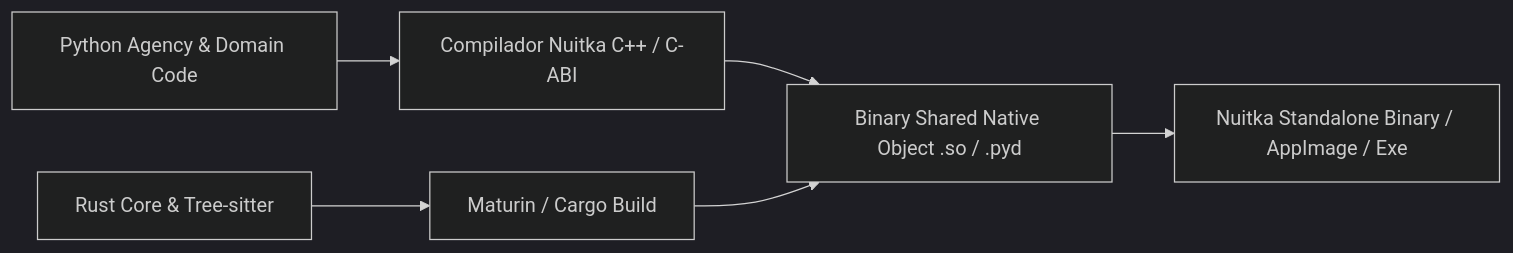
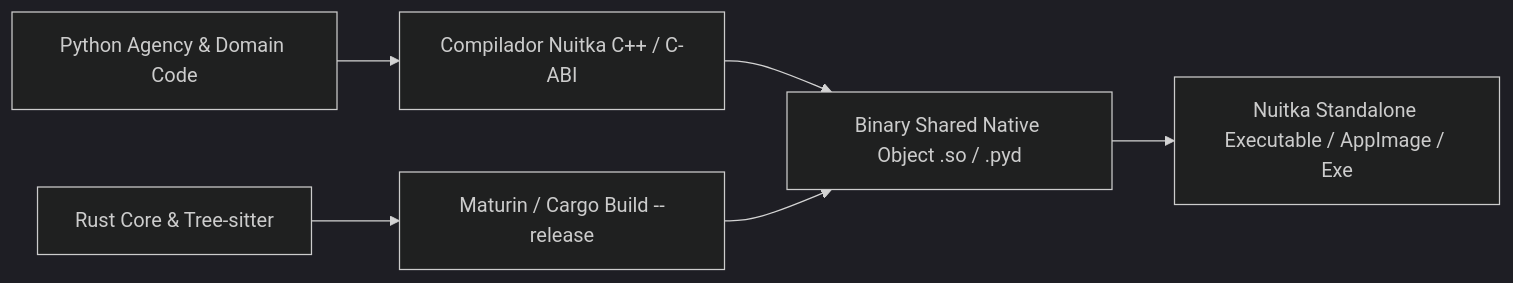
The second of 2 diagrams in docs/rationale/rewrite_b/rewrite_v300_decisoes_runtime_B.md (brainopensource/Harness-D-power), drawn with Mermaid (dark theme) before and after one commit. The commit also changed other lines of this file and 13 other files, not shown here.

````diff
--- a/docs/rationale/rewrite_b/rewrite_v300_decisoes_runtime_B.md
+++ b/docs/rationale/rewrite_b/rewrite_v300_decisoes_runtime_B.md
@@ -72,8 +73,8 @@
 ```mermaid
 flowchart LR
     PySource[Python Agency & Domain Code] --> Nuitka[Compilador Nuitka C++ / C-ABI]
-    RustSource[Rust Core & Tree-sitter] --> Maturin[Maturin / Cargo Build]
+    RustSource[Rust Core & Tree-sitter] --> Maturin[Maturin / Cargo Build --release]
     Nuitka --> SharedLib[Binary Shared Native Object .so / .pyd]
     Maturin --> SharedLib
-    SharedLib --> SingleBinary[Nuitka Standalone Binary / AppImage / Exe]
+    SharedLib --> SingleBinary[Nuitka Standalone Executable / AppImage / Exe]
 ```
````
